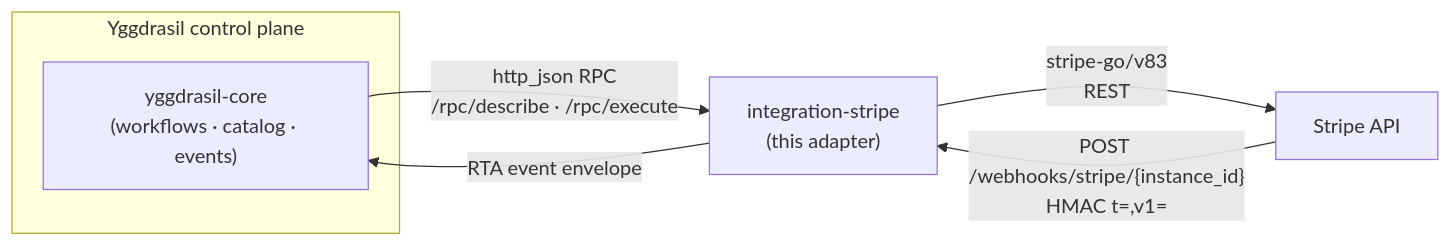
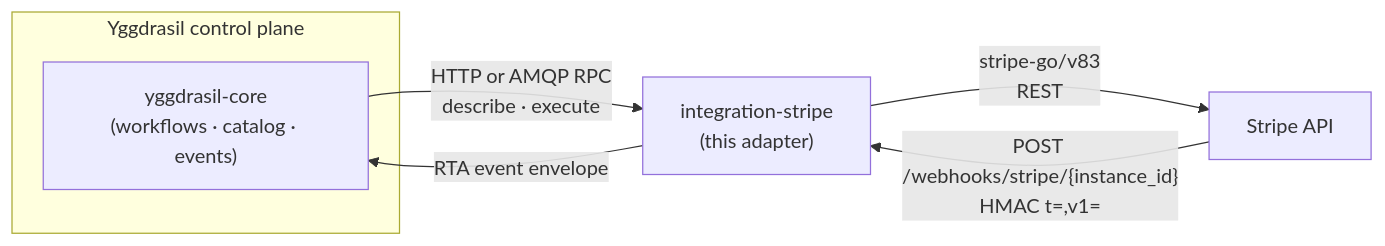
One commit to dakasa-yggdrasil/integration-stripe changed the first of 3 diagrams in README.md. Above: the diagram before and after it, drawn with Mermaid. The commit also changed other lines of this file and 15 other files, not shown here.

Commit message:
🐛 Honor Stripe AMQP quorum transport

````diff
--- a/README.md
+++ b/README.md
@@ -39,10 +39,10 @@
 ```mermaid
 flowchart LR
   subgraph YG["Yggdrasil control plane"]
     core["yggdrasil-core<br/>(workflows · catalog · events)"]
   end
-  core -- "http_json RPC<br/>/rpc/describe · /rpc/execute" --> ad["integration-stripe<br/>(this adapter)"]
+  core -- "HTTP or AMQP RPC<br/>describe · execute" --> ad["integration-stripe<br/>(this adapter)"]
   ad -- "stripe-go/v83<br/>REST" --> stripe["Stripe API"]
   stripe -- "POST /webhooks/stripe/{instance_id}<br/>HMAC t=,v1=" --> ad
   ad -- "RTA event envelope" --> core
 ```
````
